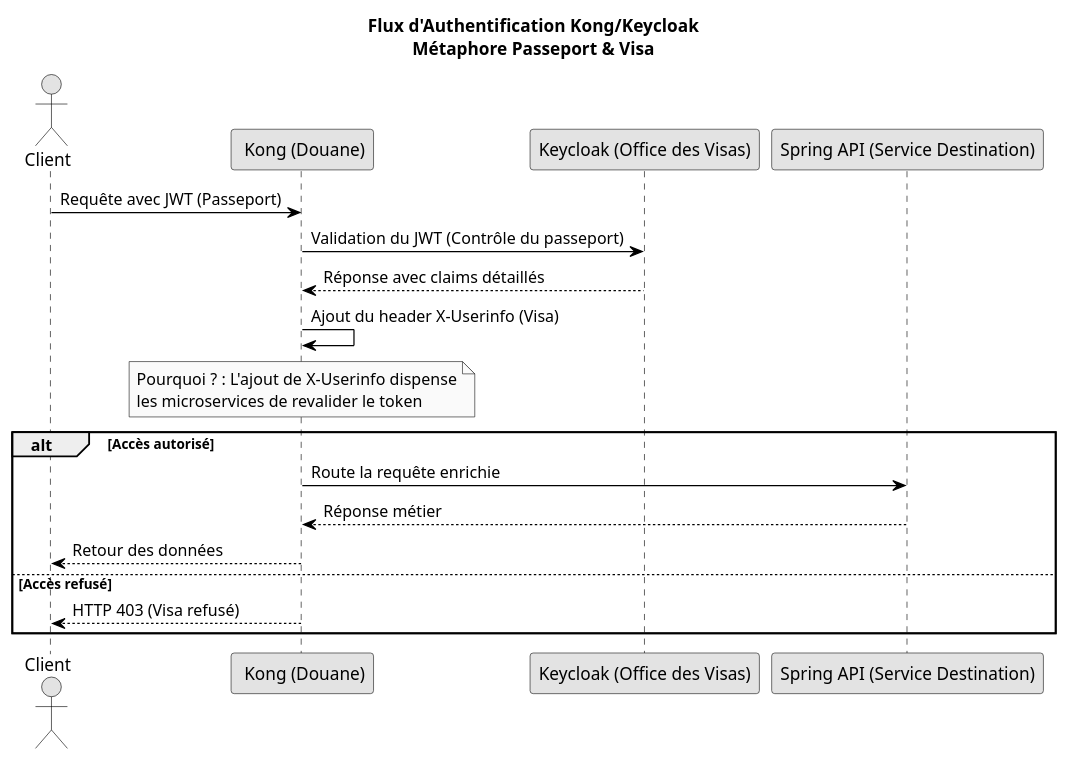
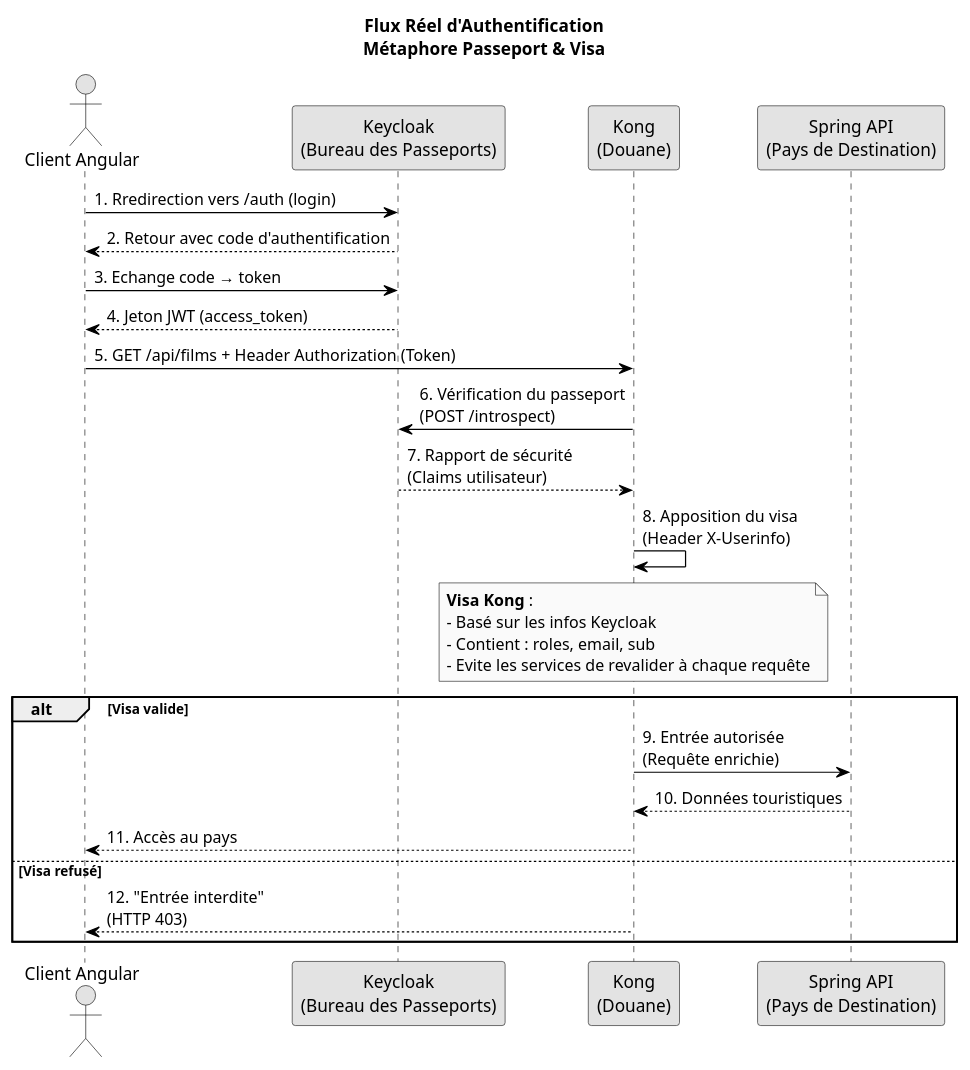
One commit to Ali-Khlifi/cinema-api changed the diagram in docs/kong_auth_flow.puml. Above: the diagram before and after it, drawn with PlantUML.

Commit message:
update kong diagram

```diff
--- a/docs/kong_auth_flow.puml
+++ b/docs/kong_auth_flow.puml
@@ -1,33 +1,40 @@
 @startuml
-title Flux d'Authentification Kong/Keycloak\n**Métaphore Passeport & Visa**
-
+title Flux Réel d'Authentification\n**Métaphore Passeport & Visa**
 skinparam monochrome true
 skinparam sequence {
   ArrowColor #000000
   ActorBorderColor #000000
   LifeLineBorderColor #000000
 }
 
-actor Client
-participant " Kong (Douane)" as Kong
-participant "Keycloak (Office des Visas)" as Keycloak
-participant "Spring API (Service Destination)" as Backend
+actor "Client Angular" as Angular
+participant "Keycloak\n(Bureau des Passeports)" as Keycloak
+participant "Kong\n(Douane)" as Kong
+participant "Spring API\n(Pays de Destination)" as Backend
 
-Client -> Kong : Requête avec JWT (Passeport)
-Kong -> Keycloak : Validation du JWT (Contrôle du passeport)
-Keycloak --> Kong : Réponse avec claims détaillés
-Kong -> Kong : Ajout du header X-Userinfo (Visa)
+Angular -> Keycloak : 1. Rredirection vers /auth (login)
+Keycloak --> Angular : 2. Retour avec code d'authentification
+
+Angular -> Keycloak : 3. Echange code → token
+Keycloak --> Angular : 4. Jeton JWT (access_token)
+
+Angular -> Kong : 5. GET /api/films + Header Authorization (Token)
+Kong -> Keycloak : 6. Vérification du passeport\n(POST /introspect)
+Keycloak --> Kong : 7. Rapport de sécurité\n(Claims utilisateur)
+
+Kong -> Kong : 8. Apposition du visa\n(Header X-Userinfo)
 note over Kong
-Pourquoi ? : L'ajout de X-Userinfo dispense
-les microservices de revalider le token
+**Visa Kong** :
+- Basé sur les infos Keycloak
+- Contient : roles, email, sub
+- Evite les services de revalider à chaque requête
 end note
 
-
-alt Accès autorisé
-  Kong -> Backend : Route la requête enrichie
-  Backend --> Kong : Réponse métier
-  Kong --> Client : Retour des données
-else Accès refusé
-  Kong --> Client : HTTP 403 (Visa refusé)
+alt Visa valide
+  Kong -> Backend : 9. Entrée autorisée\n(Requête enrichie)
+  Backend --> Kong : 10. Données touristiques
+  Kong --> Angular : 11. Accès au pays
+else Visa refusé
+  Kong --> Angular : 12. "Entrée interdite"\n(HTTP 403)
 end
 @enduml
```
